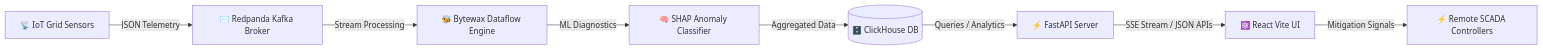
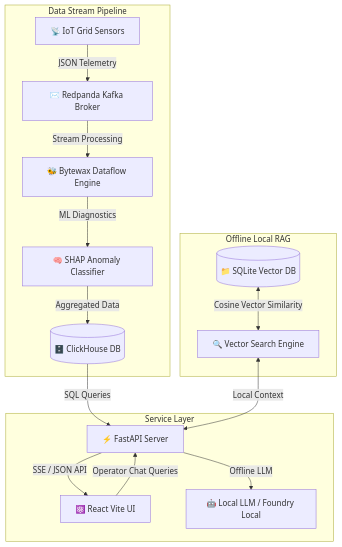
One commit to propaper12/microsoft-intern-project-gridpulseAI changed the diagram in README.md. Above: the diagram before and after it, drawn with Mermaid. The commit also changed other lines of this file and 4 other files, not shown here.

Commit message:
feat: integrate local SQLite vector RAG & Microsoft Foundry Local standard Q&A

````diff
--- a/README.md
+++ b/README.md
@@ -31,10 +33,21 @@
 ```mermaid
-graph LR
-    Sensors[📡 IoT Grid Sensors] -->|JSON Telemetry| Redpanda[✉️ Redpanda Kafka Broker]
-    Redpanda -->|Stream Processing| Bytewax[🐝 Bytewax Dataflow Engine]
-    Bytewax -->|ML Diagnostics| XAI[🧠 SHAP Anomaly Classifier]
-    XAI -->|Aggregated Data| ClickHouse[(🗄️ ClickHouse DB)]
-    ClickHouse -->|Queries / Analytics| FastAPI[⚡ FastAPI Server]
-    FastAPI -->|SSE Stream / JSON APIs| React[⚛️ React Vite UI]
-    React -->|Mitigation Signals| SCADA[⚡ Remote SCADA Controllers]
+graph TD
+    subgraph Data Stream Pipeline
+        Sensors[📡 IoT Grid Sensors] -->|JSON Telemetry| Redpanda[✉️ Redpanda Kafka Broker]
+        Redpanda -->|Stream Processing| Bytewax[🐝 Bytewax Dataflow Engine]
+        Bytewax -->|ML Diagnostics| XAI[🧠 SHAP Anomaly Classifier]
+        XAI -->|Aggregated Data| ClickHouse[(🗄️ ClickHouse DB)]
+    end
+
+    subgraph Offline Local RAG
+        SQLite[(📁 SQLite Vector DB)] <-->|Cosine Vector Similarity| VectorStore[🔍 Vector Search Engine]
+    end
+
+    subgraph Service Layer
+        ClickHouse -->|SQL Queries| FastAPI[⚡ FastAPI Server]
+        VectorStore <-->|Local Context| FastAPI
+        FastAPI -->|SSE / JSON API| React[⚛️ React Vite UI]
+        React -->|Operator Chat Queries| FastAPI
+        FastAPI -->|Offline LLM| LLM[🤖 Local LLM / Foundry Local]
+    end
 ```
````
